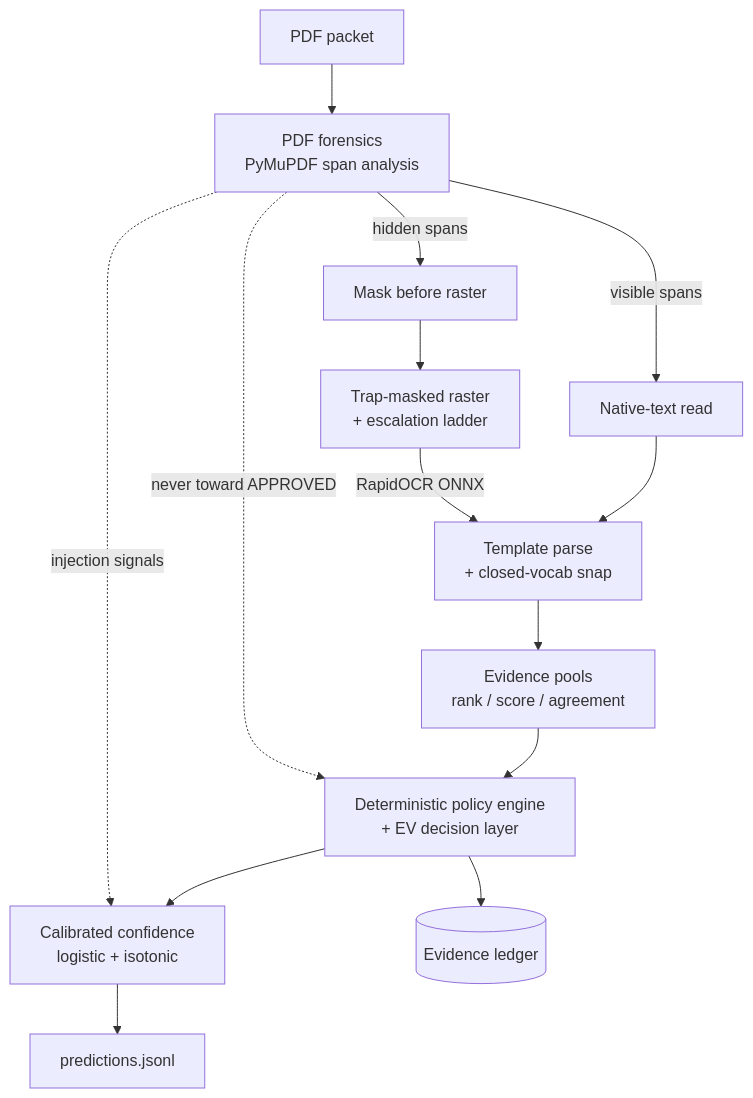
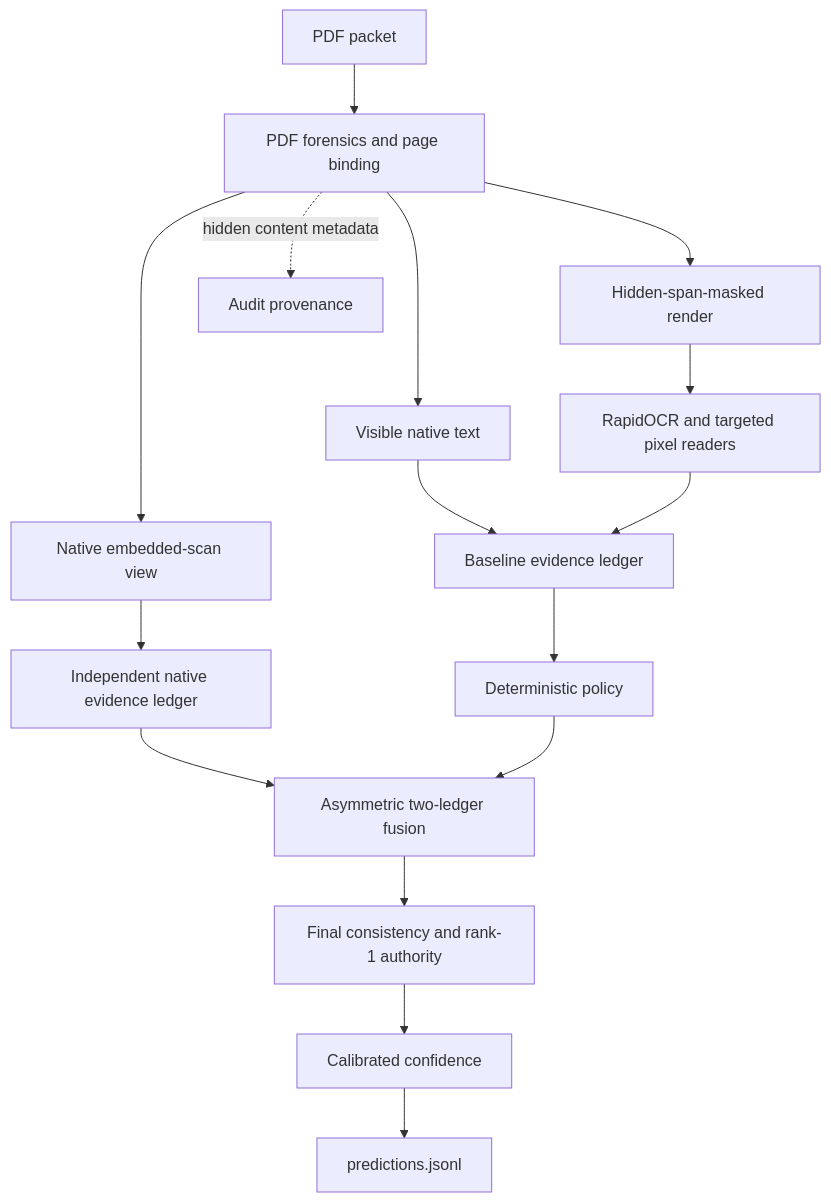
One commit to handemanai/mib-doc-challenge-solution changed the diagram in README.md. Above: the diagram before and after it, drawn with Mermaid. The commit also changed other lines of this file and 4 other files, not shown here.

````diff
--- a/README.md
+++ b/README.md
@@ -92,16 +53,18 @@
 ```mermaid
 flowchart TD
-    A[PDF packet] --> B[PDF forensics<br/>PyMuPDF span analysis]
-    B -->|visible spans| C[Native-text read]
-    B -->|hidden spans| H[Mask before raster]
-    H --> D[Trap-masked raster<br/>+ escalation ladder]
-    C --> E[Template parse<br/>+ closed-vocab snap]
-    D -->|RapidOCR ONNX| E
-    E --> F[Evidence pools<br/>rank / score / agreement]
-    F --> G[Deterministic policy engine<br/>+ EV decision layer]
-    G --> I[Calibrated confidence<br/>logistic + isotonic]
-    G --> L[(Evidence ledger)]
-    I --> J[predictions.jsonl]
-    B -. injection signals .-> I
-    B -. never toward APPROVED .-> G
+    A[PDF packet] --> B[PDF forensics and page binding]
+    B --> C[Visible native text]
+    B --> D[Hidden-span-masked render]
+    D --> E[RapidOCR and targeted pixel readers]
+    B --> F[Native embedded-scan view]
+    C --> G[Baseline evidence ledger]
+    E --> G
+    F --> H[Independent native evidence ledger]
+    G --> I[Deterministic policy]
+    H --> J[Asymmetric two-ledger fusion]
+    I --> J
+    J --> K[Final consistency and rank-1 authority]
+    K --> L[Calibrated confidence]
+    L --> M[predictions.jsonl]
+    B -. hidden content metadata .-> N[Audit provenance]
 ```
````
